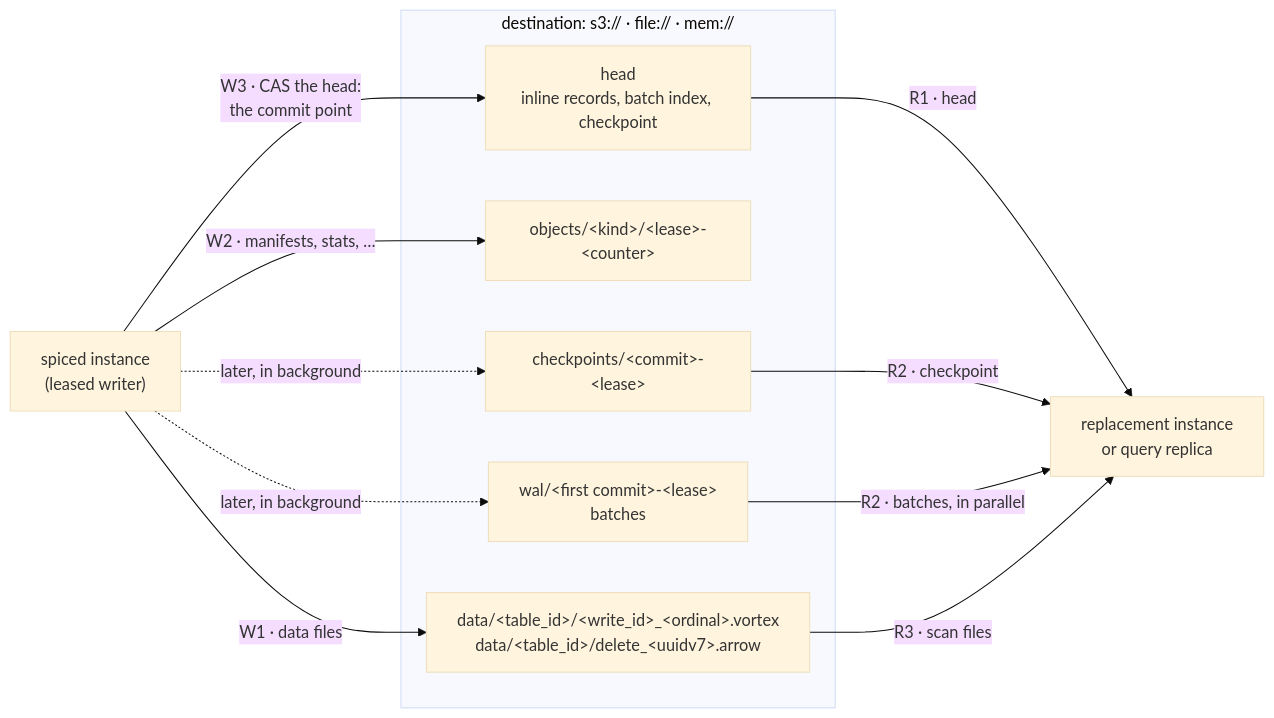
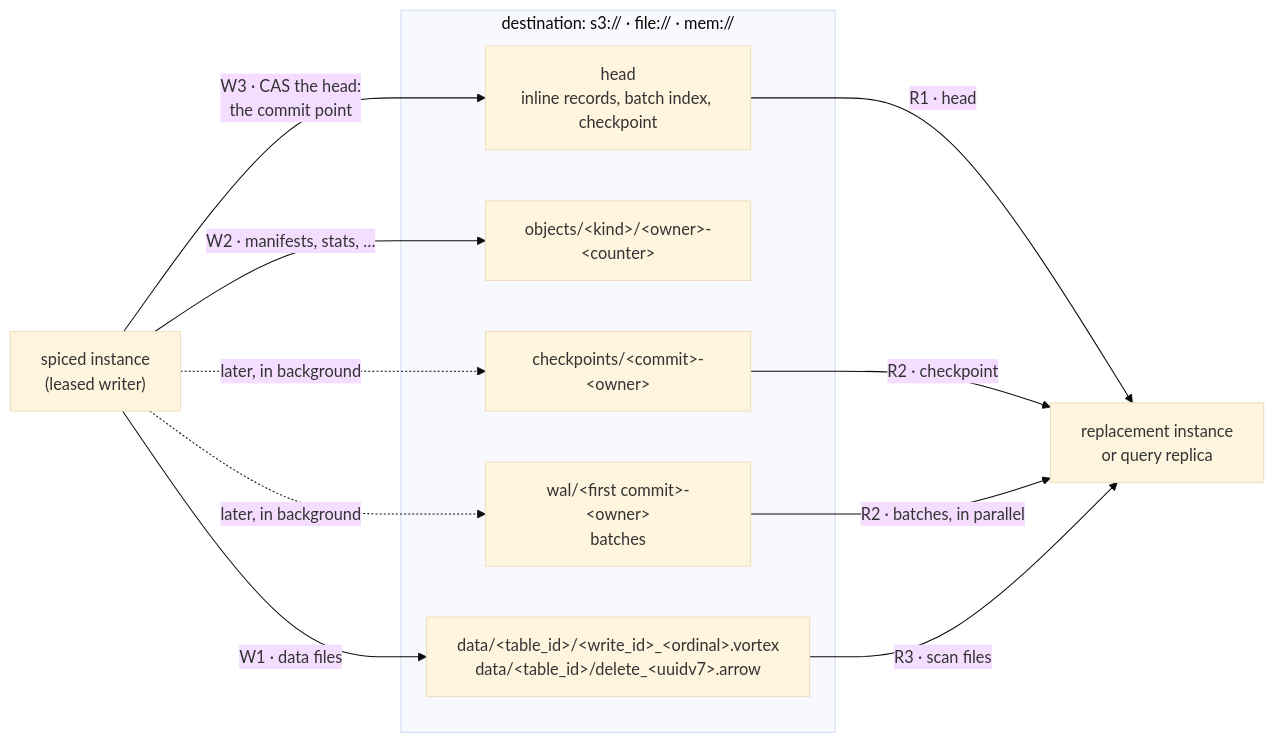
One commit to spiceai/spiceai changed the third of 5 diagrams in docs/design/object-native-metastore-technical.md. Above: the diagram before and after it, drawn with Mermaid (base theme). The commit also changed other lines of this file and 2 other files, not shown here.

First line of the commit message:
docs(design): name objects by owner, order standbys after data placement

````diff
--- a/docs/design/object-native-metastore-technical.md
+++ b/docs/design/object-native-metastore-technical.md
@@ -877,21 +886,21 @@
 ```mermaid
 flowchart LR
     W2["spiced instance<br/>(leased writer)"]
     subgraph DEST["destination: s3:// · file:// · mem://"]
         D2["data/&lt;table_id&gt;/&lt;write_id&gt;_&lt;ordinal&gt;.vortex<br/>data/&lt;table_id&gt;/delete_&lt;uuidv7&gt;.arrow"]
-        OBJ["objects/&lt;kind&gt;/&lt;lease&gt;-&lt;counter&gt;"]
+        OBJ["objects/&lt;kind&gt;/&lt;owner&gt;-&lt;counter&gt;"]
         HEAD["head<br/>inline records, batch index, checkpoint"]
-        WAL["wal/&lt;first commit&gt;-&lt;lease&gt;<br/>batches"]
-        CK["checkpoints/&lt;commit&gt;-&lt;lease&gt;"]
+        WAL["wal/&lt;first commit&gt;-&lt;owner&gt;<br/>batches"]
+        CK["checkpoints/&lt;commit&gt;-&lt;owner&gt;"]
     end
     R2["replacement instance<br/>or query replica"]
     W2 -->|"W1 · data files"| D2
     W2 -->|"W2 · manifests, stats, …"| OBJ
     W2 -->|"W3 · CAS the head:<br/>the commit point"| HEAD
     W2 -.->|"later, in background"| WAL
     W2 -.->|"later, in background"| CK
     HEAD -->|"R1 · head"| R2
     CK -->|"R2 · checkpoint"| R2
     WAL -->|"R2 · batches, in parallel"| R2
     D2 -->|"R3 · scan files"| R2
 ```
````
